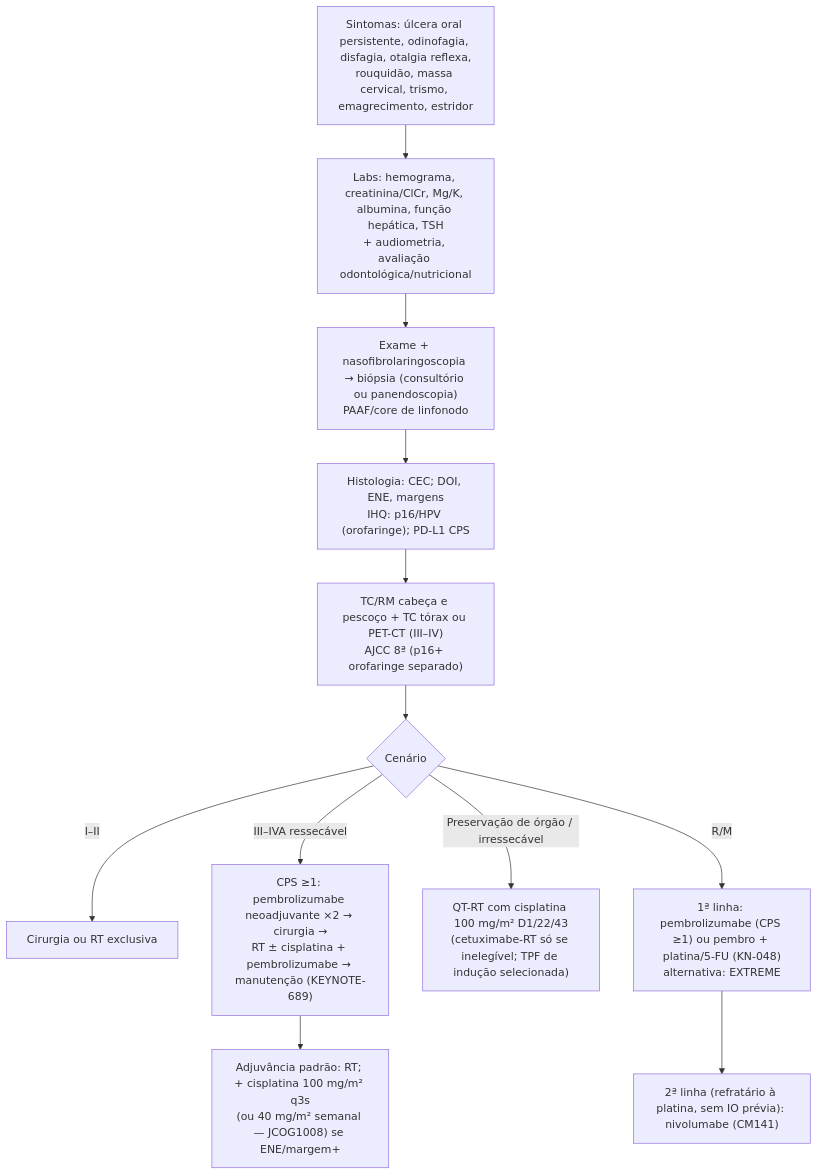
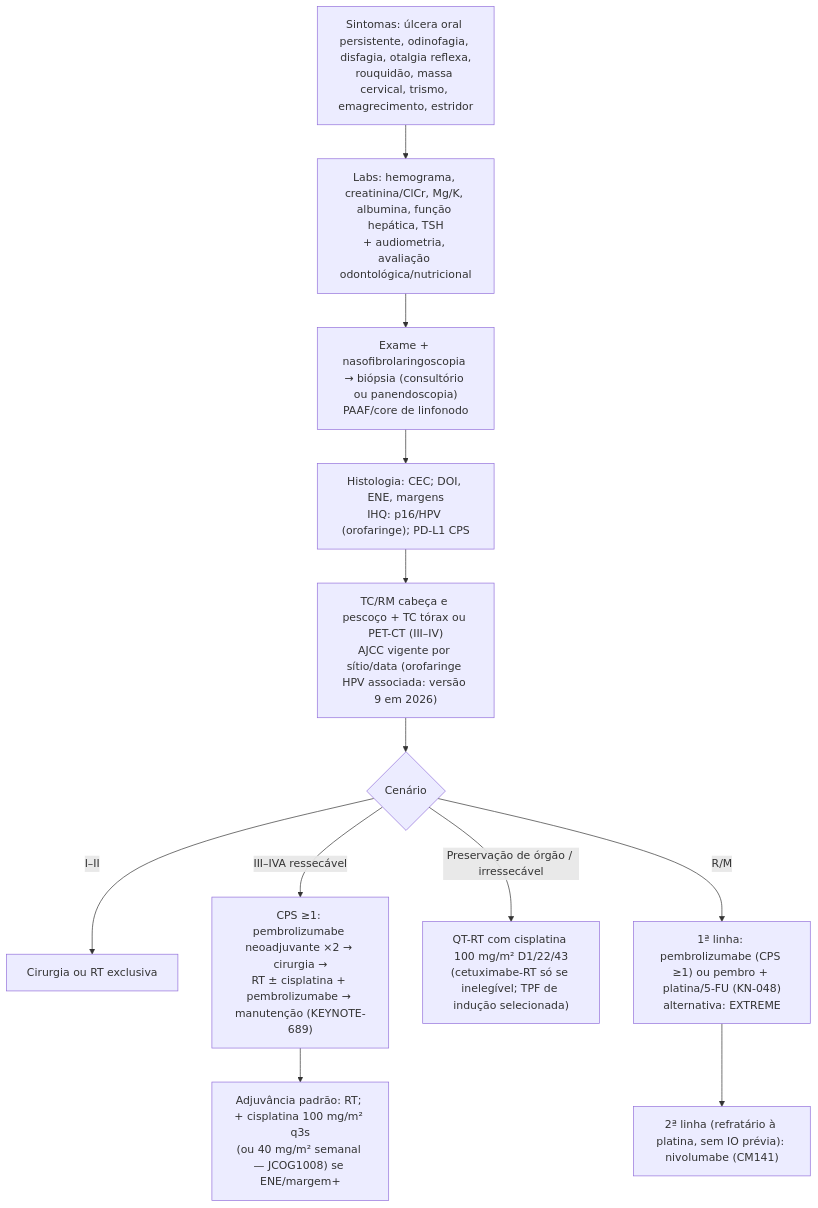
One commit to silasjuba-del/OncoGlobal changed the fifth of 5 diagrams in docs/referencias/onco-referencia/07-tumor-packs-6-10.md. Above: the diagram before and after it, drawn with Mermaid. The commit also changed other lines of this file and 25 other files, not shown here.

````diff
--- a/docs/referencias/onco-referencia/07-tumor-packs-6-10.md
+++ b/docs/referencias/onco-referencia/07-tumor-packs-6-10.md
@@ -761,14 +765,14 @@
 ```mermaid
 flowchart TD
     A["Sintomas: úlcera oral persistente, odinofagia, disfagia, otalgia reflexa,<br/>rouquidão, massa cervical, trismo, emagrecimento, estridor"] --> B["Labs: hemograma, creatinina/ClCr, Mg/K, albumina, função hepática, TSH<br/>+ audiometria, avaliação odontológica/nutricional"]
     B --> C["Exame + nasofibrolaringoscopia → biópsia (consultório ou panendoscopia)<br/>PAAF/core de linfonodo"]
     C --> D["Histologia: CEC; DOI, ENE, margens<br/>IHQ: p16/HPV (orofaringe); PD-L1 CPS"]
-    D --> E["TC/RM cabeça e pescoço + TC tórax ou PET-CT (III–IV)<br/>AJCC 8ª (p16+ orofaringe separado)"]
+    D --> E["TC/RM cabeça e pescoço + TC tórax ou PET-CT (III–IV)<br/>AJCC vigente por sítio/data (orofaringe HPV associada: versão 9 em 2026)"]
     E --> F{"Cenário"}
     F -- "I–II" --> G["Cirurgia ou RT exclusiva"]
     F -- "III–IVA ressecável" --> H["CPS ≥1: pembrolizumabe neoadjuvante ×2 → cirurgia →<br/>RT ± cisplatina + pembrolizumabe → manutenção (KEYNOTE-689)"]
     H --> H1["Adjuvância padrão: RT; + cisplatina 100 mg/m² q3s<br/>(ou 40 mg/m² semanal — JCOG1008) se ENE/margem+"]
     F -- "Preservação de órgão / irressecável" --> I["QT-RT com cisplatina 100 mg/m² D1/22/43<br/>(cetuximabe-RT só se inelegível; TPF de indução selecionada)"]
     F -- "R/M" --> J["1ª linha: pembrolizumabe (CPS ≥1) ou pembro + platina/5-FU (KN-048)<br/>alternativa: EXTREME"]
     J --> K["2ª linha (refratário à platina, sem IO prévia): nivolumabe (CM141)"]
 ```
````
